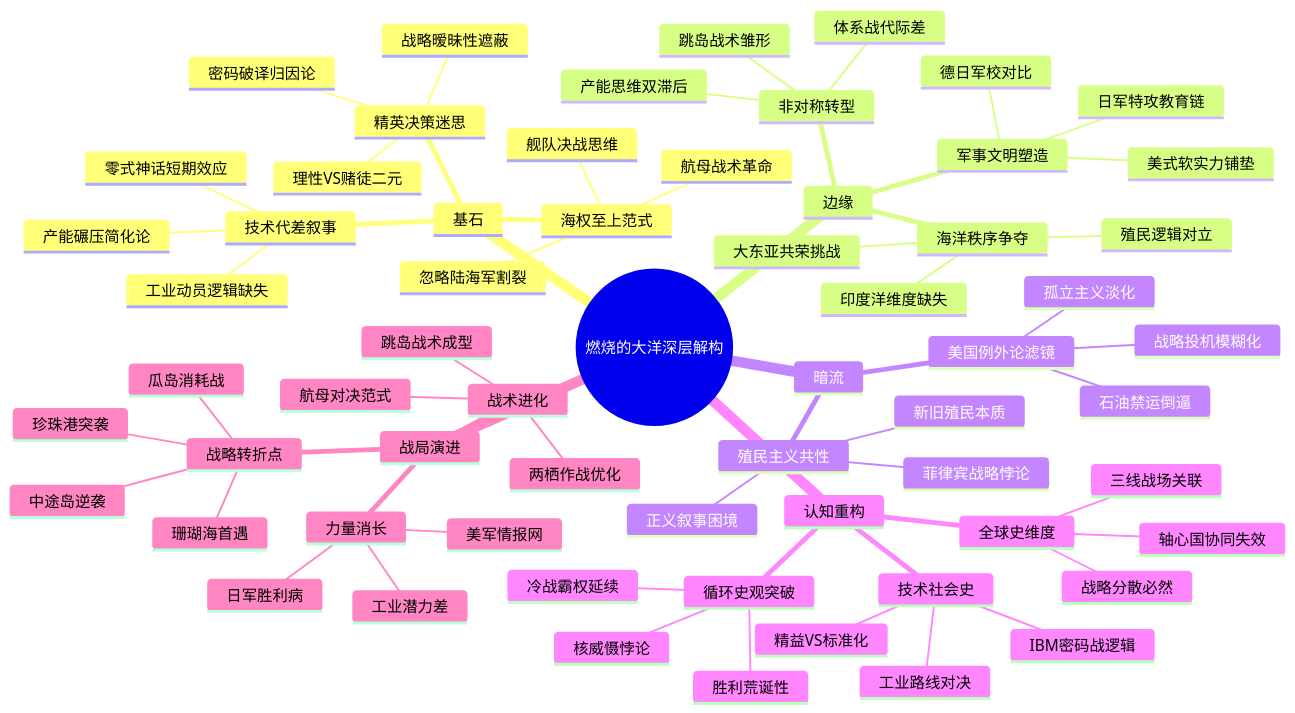
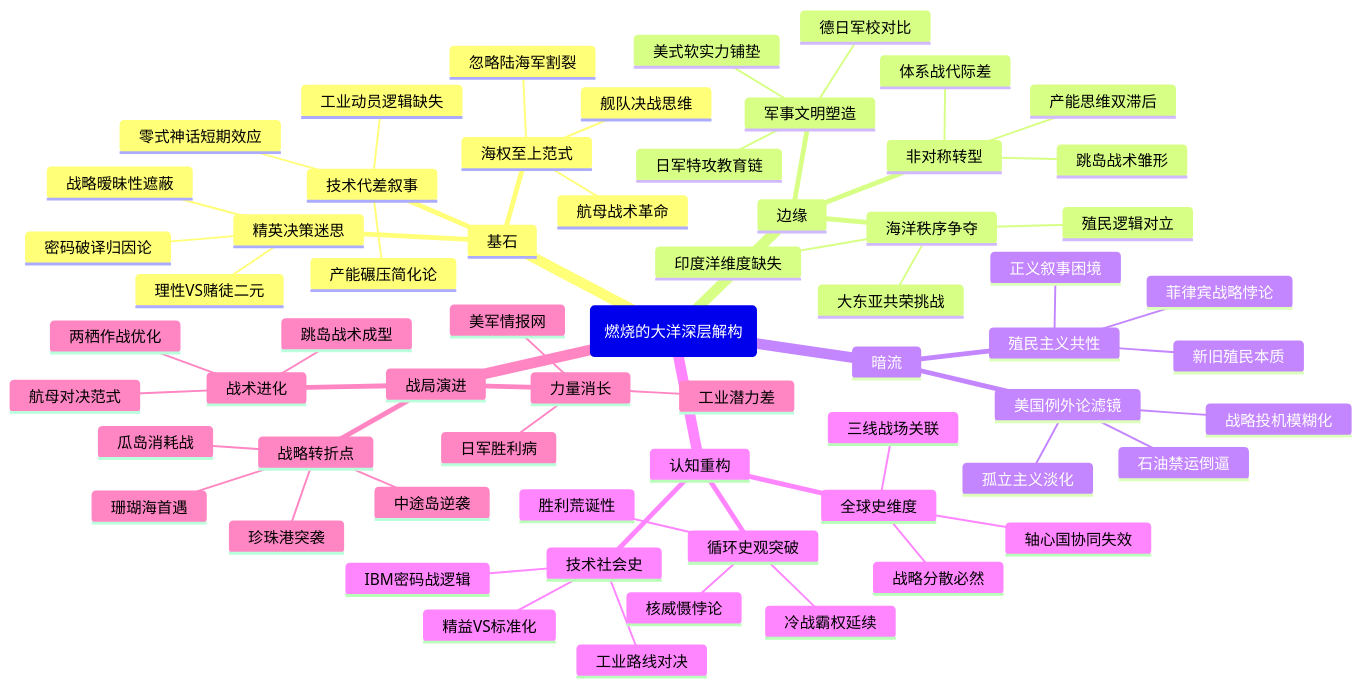
One commit to funloss/funKnowledge changed the diagram in 读书/世界历史/太平洋三部曲/燃烧的大洋——1941—1942，从突袭珍珠港到中途岛战役.md. Above: the diagram before and after it, drawn with Mermaid. The commit also changed 74 other files, not shown here.

````diff
--- a/读书/世界历史/太平洋三部曲/燃烧的大洋——1941—1942，从突袭珍珠港到中途岛战役.md
+++ b/读书/世界历史/太平洋三部曲/燃烧的大洋——1941—1942，从突袭珍珠港到中途岛战役.md
@@ -2,66 +2,66 @@
 ```mermaid
 mindmap
-  root(("燃烧的大洋深层解构"))
+  root("燃烧的大洋深层解构")
     基石
 	    海权至上范式
 	        舰队决战思维
 	        航母战术革命
 	        忽略陆海军割裂
 	    精英决策迷思
 	        理性VS赌徒二元
 	        密码破译归因论
 	        战略暧昧性遮蔽
 	    技术代差叙事
 	        零式神话短期效应
 	        产能碾压简化论
 	        工业动员逻辑缺失
     边缘
 	    海洋秩序争夺
 	        大东亚共荣挑战
 	        殖民逻辑对立
 	        印度洋维度缺失
 	    军事文明塑造
 	        美式软实力铺垫
 	        日军特攻教育链
 	        德日军校对比
 	    非对称转型
 	        跳岛战术雏形
 	        体系战代际差
 	        产能思维双滞后
     暗流
 	    美国例外论滤镜
 	        孤立主义淡化
 	        战略投机模糊化
 	        石油禁运倒逼
 	    殖民主义共性
 	        菲律宾战略悖论
 	        新旧殖民本质
 	        正义叙事困境
     认知重构
 	    全球史维度
 	        轴心国协同失效
 	        三线战场关联
 	        战略分散必然
 	    技术社会史
 	        精益VS标准化
 	        IBM密码战逻辑
 	        工业路线对决
 	    循环史观突破
 	        冷战霸权延续
 	        核威慑悖论
 	        胜利荒诞性
     战局演进
 	    战略转折点
 	        珍珠港突袭
 	        珊瑚海首遇
 	        中途岛逆袭
 	        瓜岛消耗战
 	    力量消长
 	        日军胜利病
 	        美军情报网
 	        工业潜力差
 	    战术进化
 	        航母对决范式
 	        两栖作战优化
 	        跳岛战术成型
 ``` 
````
